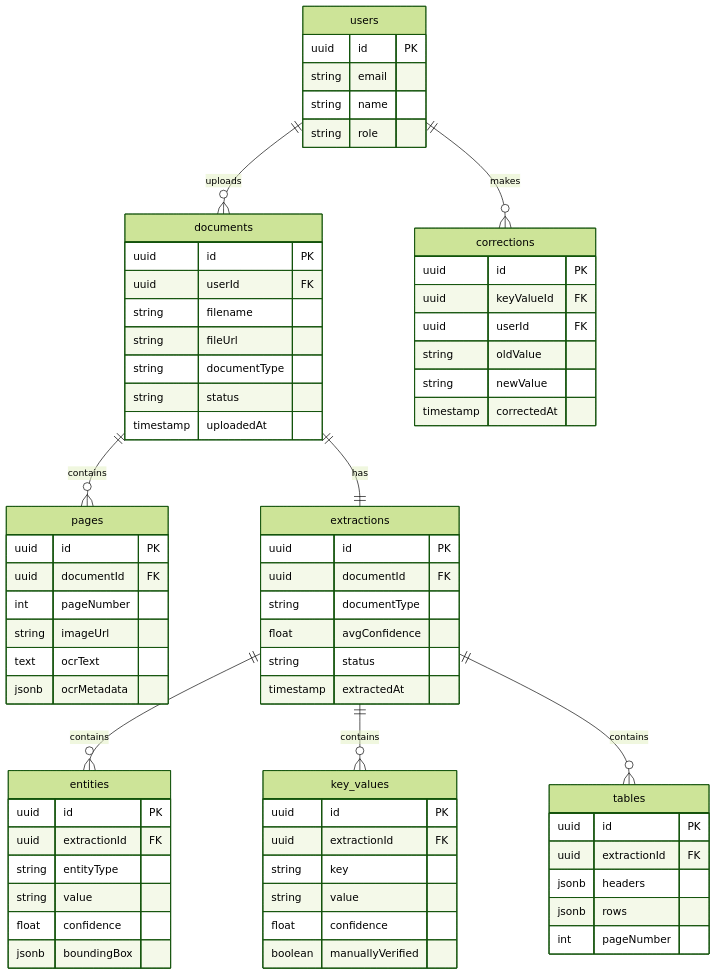
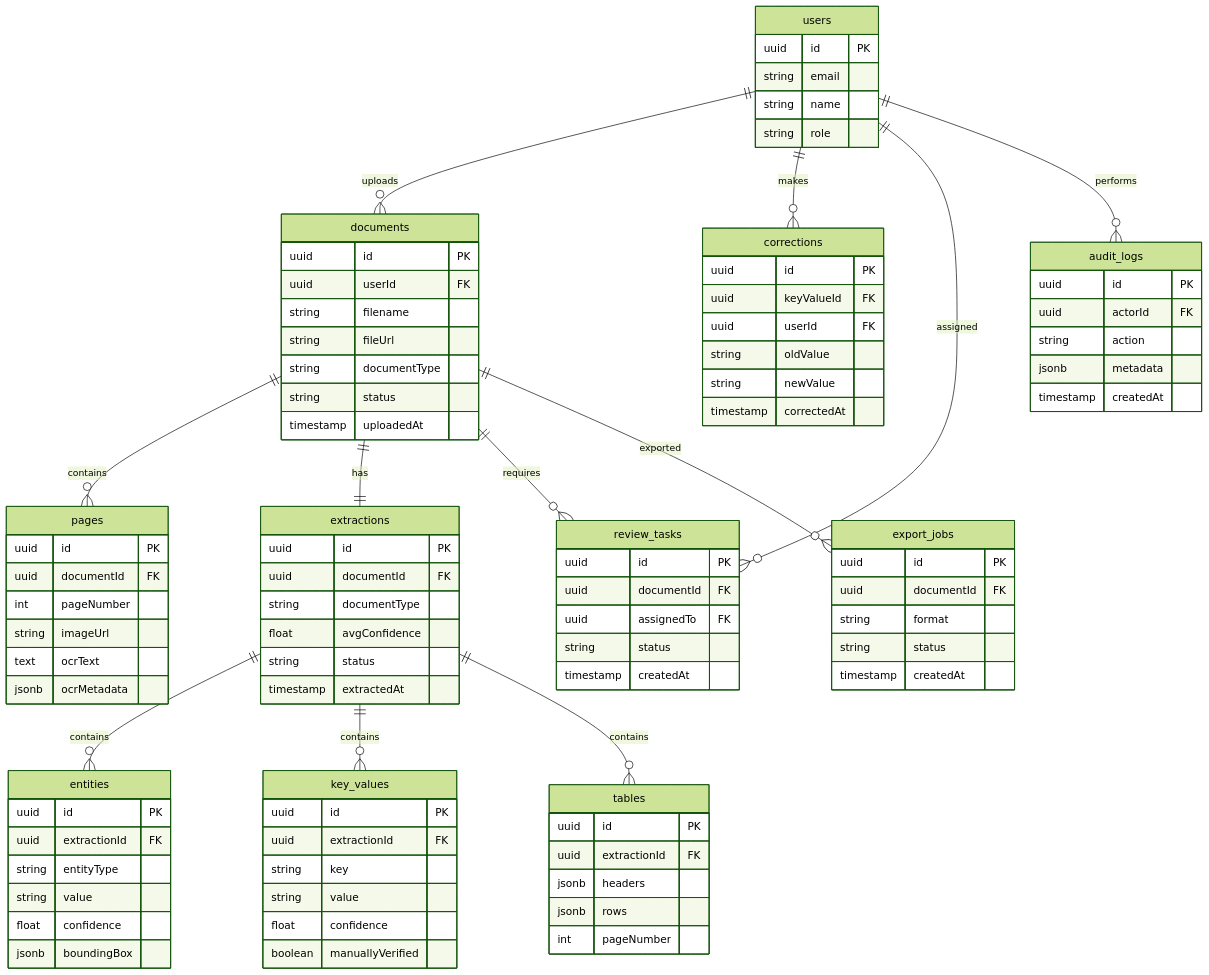
Before and after one commit to 0Ankit0/Project-Ideas: the diagram in Document Intelligence System/detailed-design/erd-database-schema.md, drawn with Mermaid (forest theme). The commit also changed other lines of this file and 21 other files, not shown here.

````diff
--- a/Document Intelligence System/detailed-design/erd-database-schema.md
+++ b/Document Intelligence System/detailed-design/erd-database-schema.md
@@ -9,6 +9,10 @@
     extractions ||--o{ tables : contains
     users ||--o{ documents : uploads
     users ||--o{ corrections : makes
+    users ||--o{ review_tasks : assigned
+    users ||--o{ audit_logs : performs
+    documents ||--o{ review_tasks : requires
+    documents ||--o{ export_jobs : exported
     
     documents {
         uuid id PK
@@ -79,4 +83,28 @@
         string newValue
         timestamp correctedAt
     }
+
+    review_tasks {
+        uuid id PK
+        uuid documentId FK
+        uuid assignedTo FK
+        string status
+        timestamp createdAt
+    }
+
+    export_jobs {
+        uuid id PK
+        uuid documentId FK
+        string format
+        string status
+        timestamp createdAt
+    }
+
+    audit_logs {
+        uuid id PK
+        uuid actorId FK
+        string action
+        jsonb metadata
+        timestamp createdAt
+    }
 ```
````
